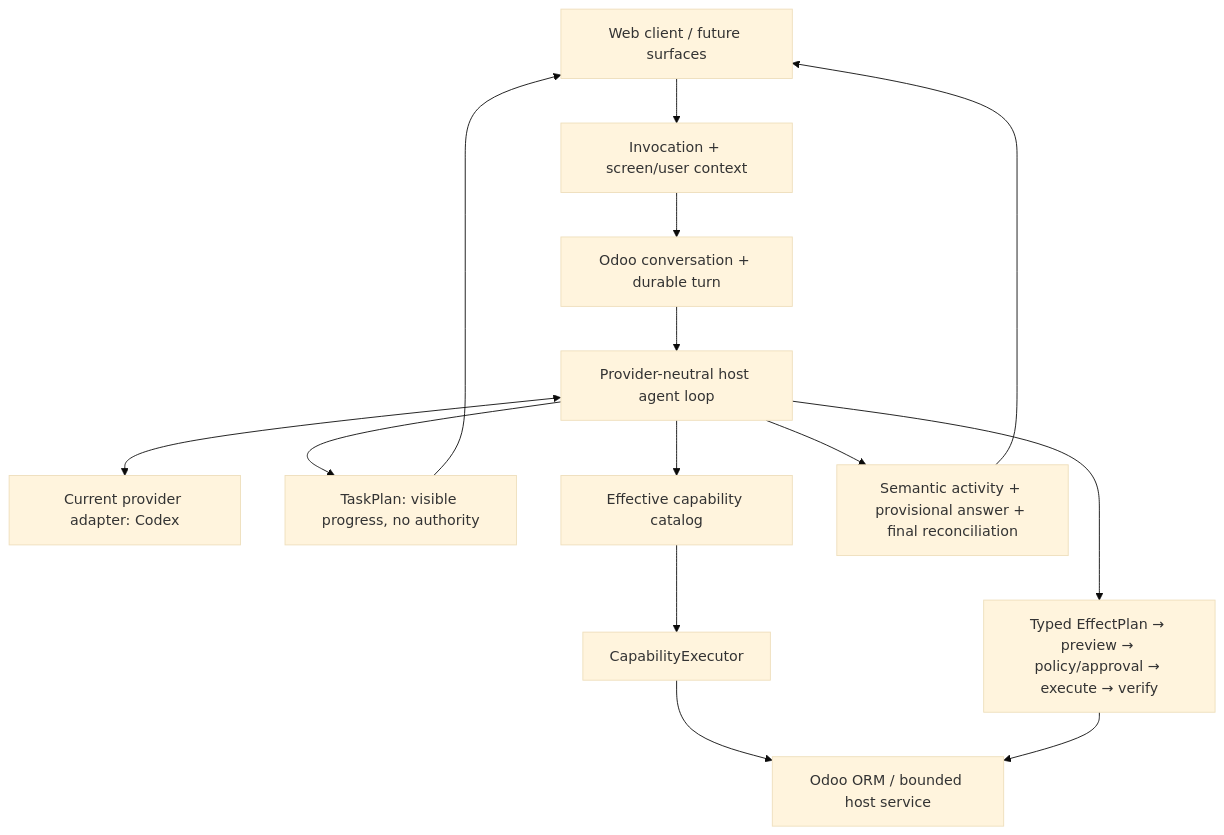
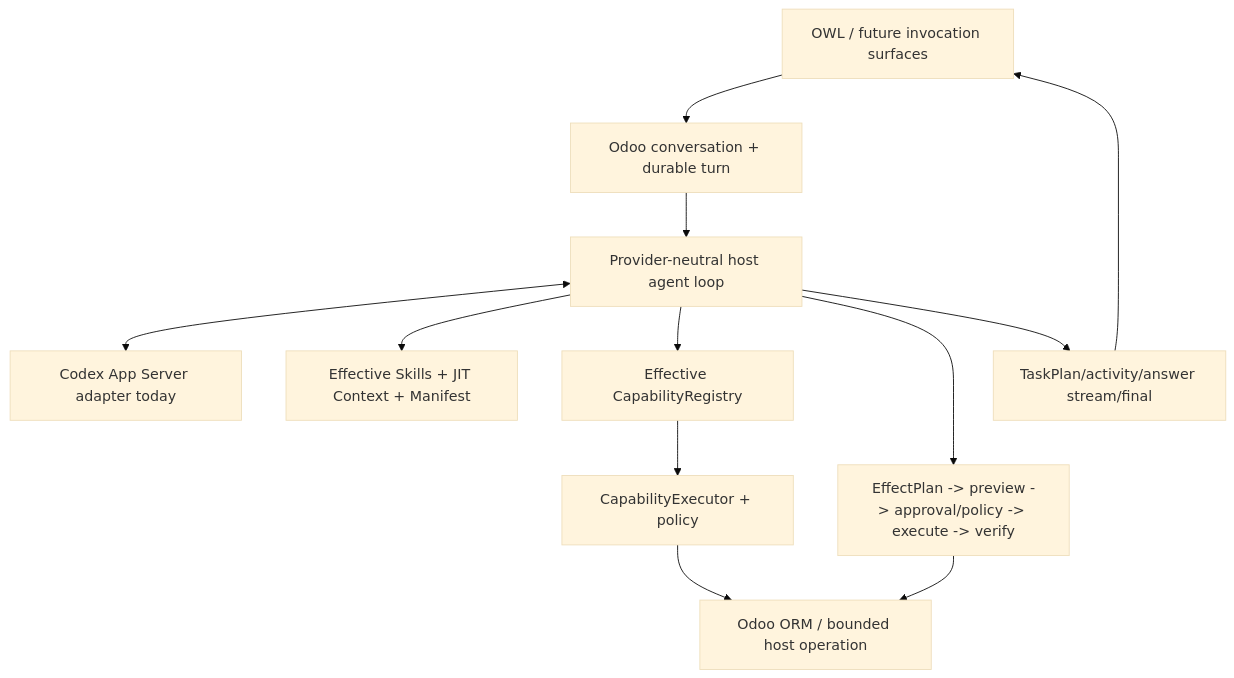
One commit to CPX-001/ai-odoo-assistant changed the diagram in docs/README.md. Above: the diagram before and after it, drawn with Mermaid (base theme). The commit also changed other lines of this file, not shown here.

````diff
--- a/docs/README.md
+++ b/docs/README.md
@@ -34,16 +56,14 @@
 ```mermaid
 flowchart TB
-    UI[Web client / future surfaces] --> INV[Invocation + screen/user context]
-    INV --> TURN[Odoo conversation + durable turn]
+    UI[OWL / future invocation surfaces] --> TURN[Odoo conversation + durable turn]
     TURN --> HOST[Provider-neutral host agent loop]
-    HOST <--> MODEL[Current provider adapter: Codex]
-    HOST --> TASK[TaskPlan: visible progress, no authority]
-    HOST --> CAT[Effective capability catalog]
-    CAT --> EXEC[CapabilityExecutor]
-    EXEC --> ORM[Odoo ORM / bounded host service]
-    HOST --> EFFECT[Typed EffectPlan → preview → policy/approval → execute → verify]
+    HOST <--> MODEL[Codex App Server adapter today]
+    HOST --> EXT[Effective Skills + JIT Context + Manifest]
+    HOST --> CAT[Effective CapabilityRegistry]
+    CAT --> EXEC[CapabilityExecutor + policy]
+    EXEC --> ORM[Odoo ORM / bounded host operation]
+    HOST --> EFFECT[EffectPlan -> preview -> approval/policy -> execute -> verify]
     EFFECT --> ORM
-    HOST --> LIVE[Semantic activity + provisional answer + final reconciliation]
-    TASK --> UI
+    HOST --> LIVE[TaskPlan/activity/answer stream/final]
     LIVE --> UI
 ```
````
